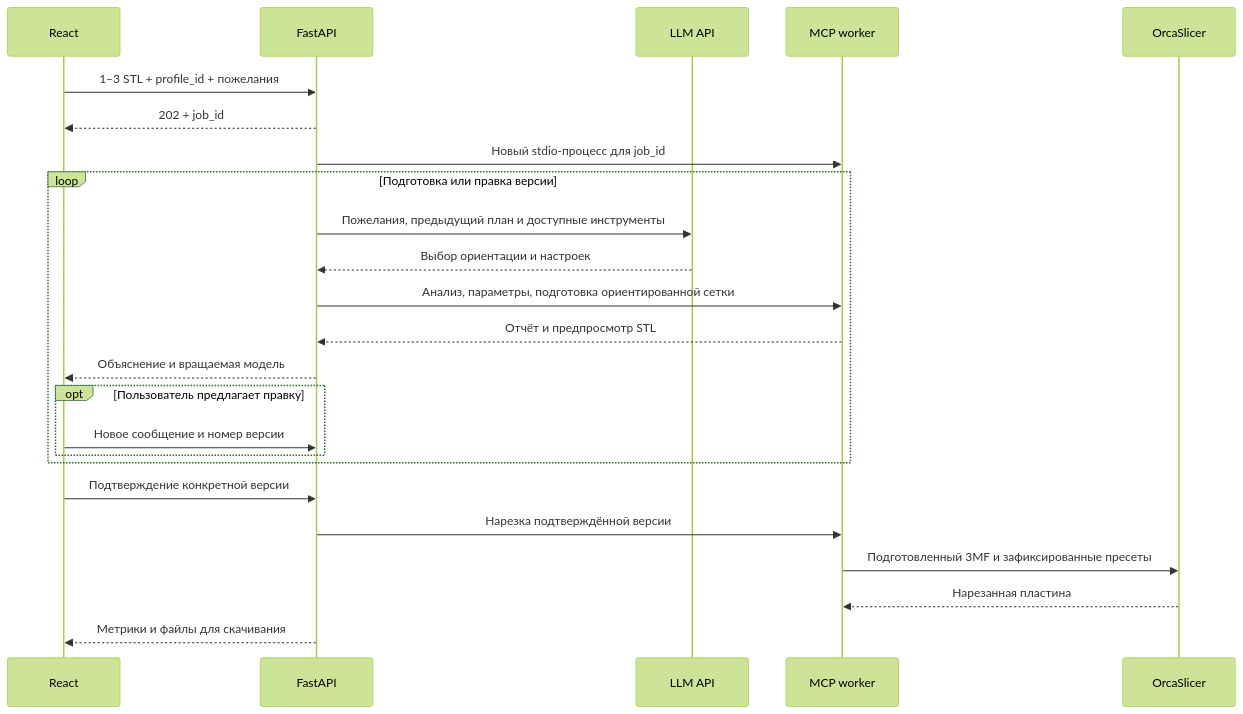
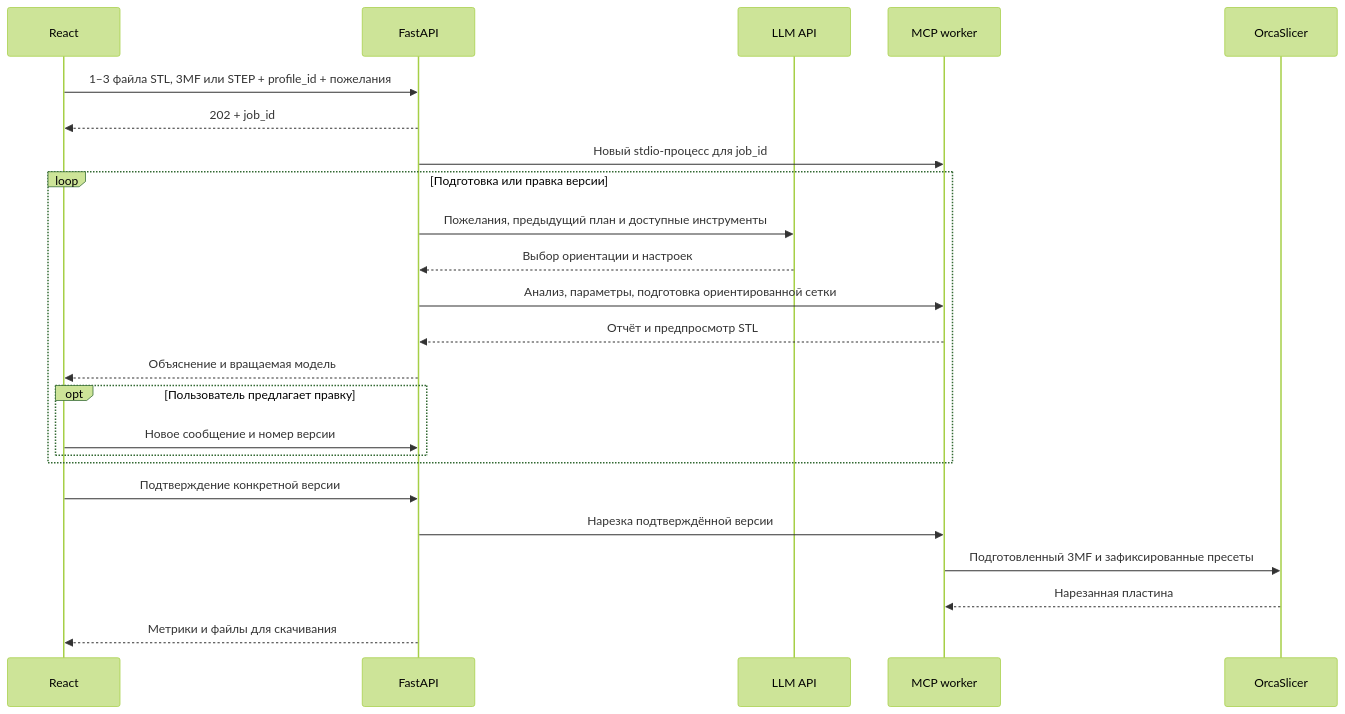
One commit to DedZet/AI-Slice changed the diagram in src/manual.md. Above: the diagram before and after it, drawn with Mermaid (forest theme). The commit also changed other lines of this file and 6 other files, not shown here.

````diff
--- a/src/manual.md
+++ b/src/manual.md
@@ -56,26 +56,26 @@
 ```mermaid
 sequenceDiagram
     participant R as React
     participant F as FastAPI
     participant L as LLM API
     participant M as MCP worker
     participant O as OrcaSlicer
-    R->>F: 1–3 STL + profile_id + пожелания
+    R->>F: 1–3 файла STL, 3MF или STEP + profile_id + пожелания
     F-->>R: 202 + job_id
     F->>M: Новый stdio-процесс для job_id
     loop Подготовка или правка версии
         F->>L: Пожелания, предыдущий план и доступные инструменты
         L-->>F: Выбор ориентации и настроек
         F->>M: Анализ, параметры, подготовка ориентированной сетки
         M-->>F: Отчёт и предпросмотр STL
         F-->>R: Объяснение и вращаемая модель
         opt Пользователь предлагает правку
             R->>F: Новое сообщение и номер версии
         end
     end
     R->>F: Подтверждение конкретной версии
     F->>M: Нарезка подтверждённой версии
     M->>O: Подготовленный 3MF и зафиксированные пресеты
     O-->>M: Нарезанная пластина
     F-->>R: Метрики и файлы для скачивания
 ```
````
